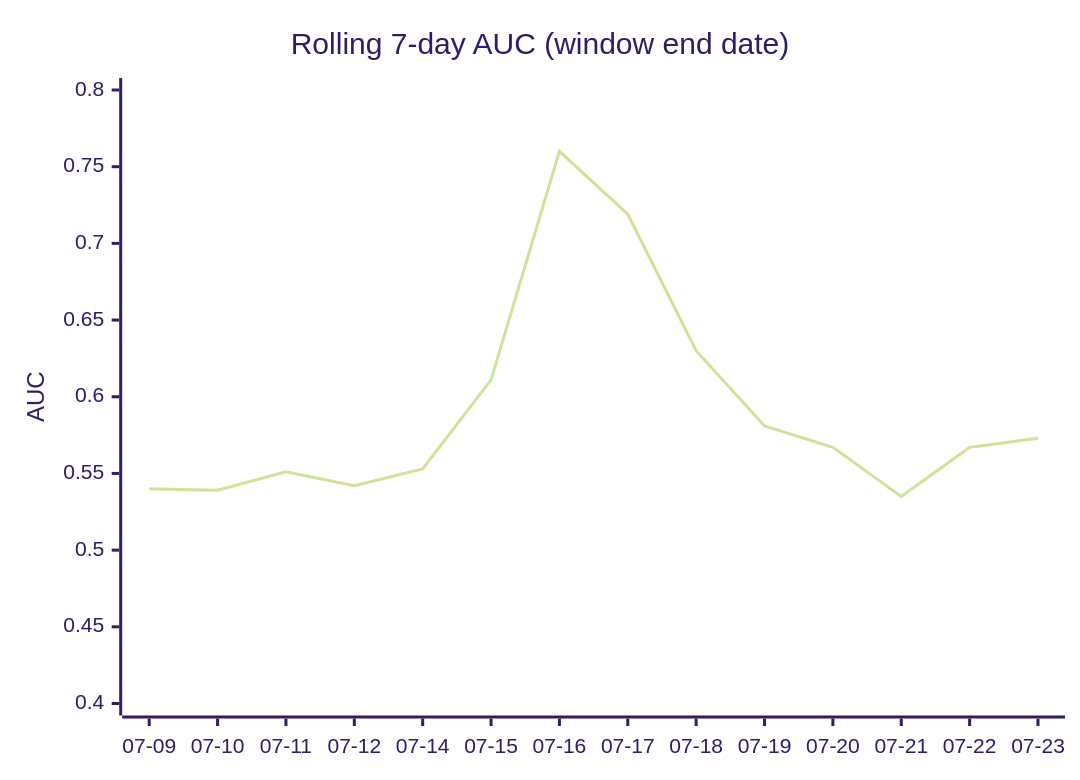
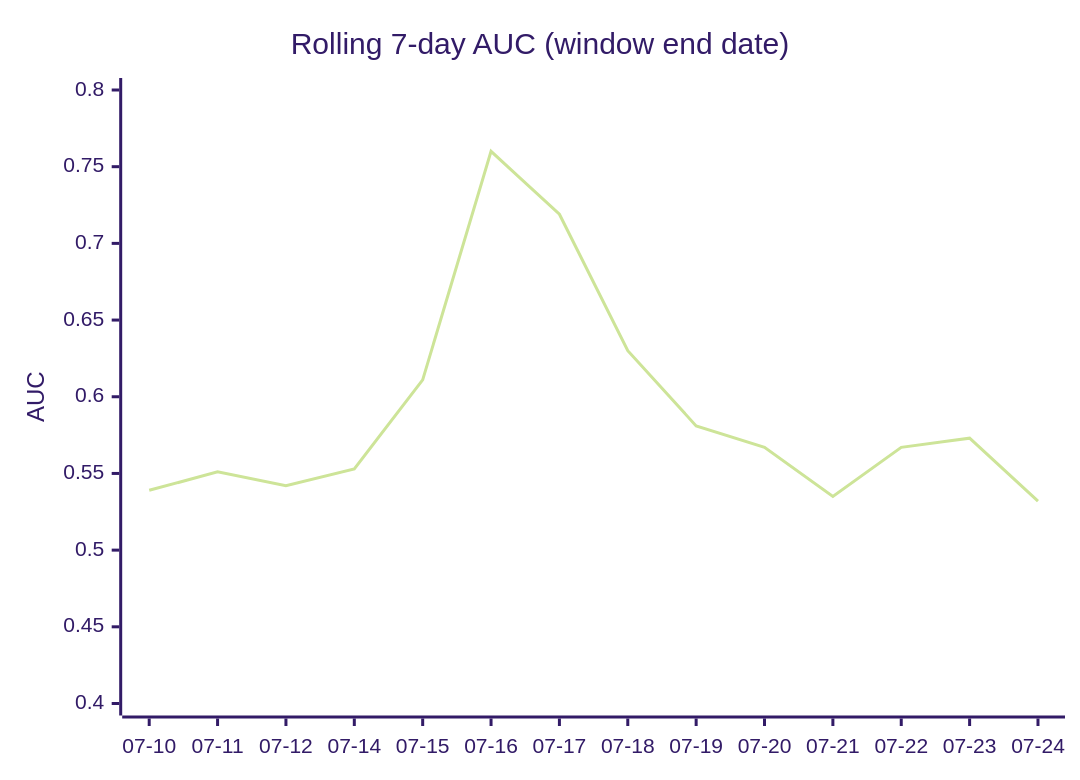
The third of 4 diagrams in DAILY_AGSU_REPORT.md (dpk1212/nhl-savant), drawn with Mermaid (forest theme) before and after one commit. The commit also changed other lines of this file, not shown here.

````diff
--- a/DAILY_AGSU_REPORT.md
+++ b/DAILY_AGSU_REPORT.md
@@ -713,7 +717,7 @@
 ```mermaid
 xychart-beta
     title "Rolling 7-day AUC (window end date)"
-    x-axis ["07-09", "07-10", "07-11", "07-12", "07-14", "07-15", "07-16", "07-17", "07-18", "07-19", "07-20", "07-21", "07-22", "07-23"]
+    x-axis ["07-10", "07-11", "07-12", "07-14", "07-15", "07-16", "07-17", "07-18", "07-19", "07-20", "07-21", "07-22", "07-23", "07-24"]
     y-axis "AUC" 0.4 --> 0.8
-    line [0.54, 0.539, 0.551, 0.542, 0.553, 0.611, 0.76, 0.719, 0.63, 0.581, 0.567, 0.535, 0.567, 0.573]
+    line [0.539, 0.551, 0.542, 0.553, 0.611, 0.76, 0.719, 0.63, 0.581, 0.567, 0.535, 0.567, 0.573, 0.532]
 ```
````
